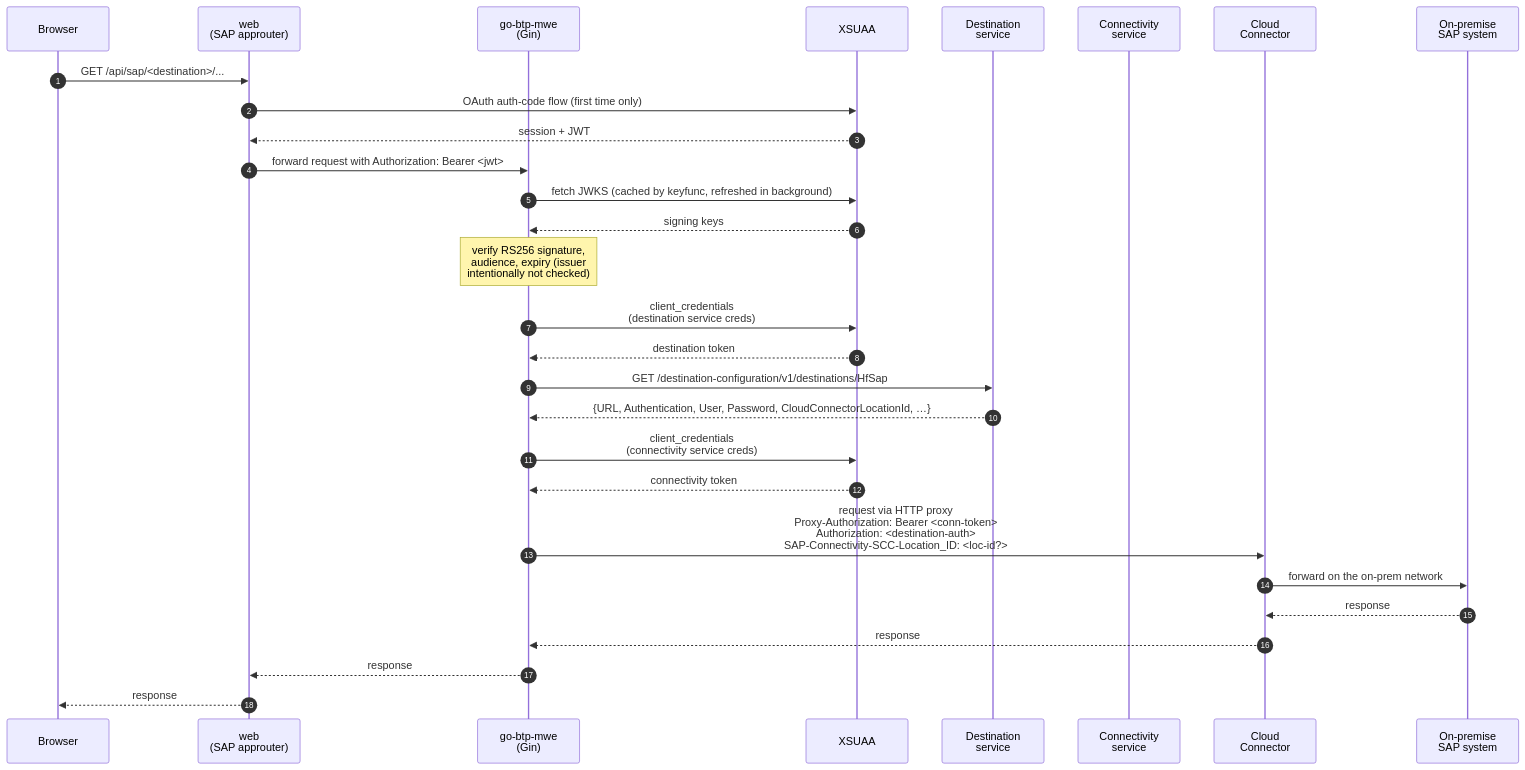
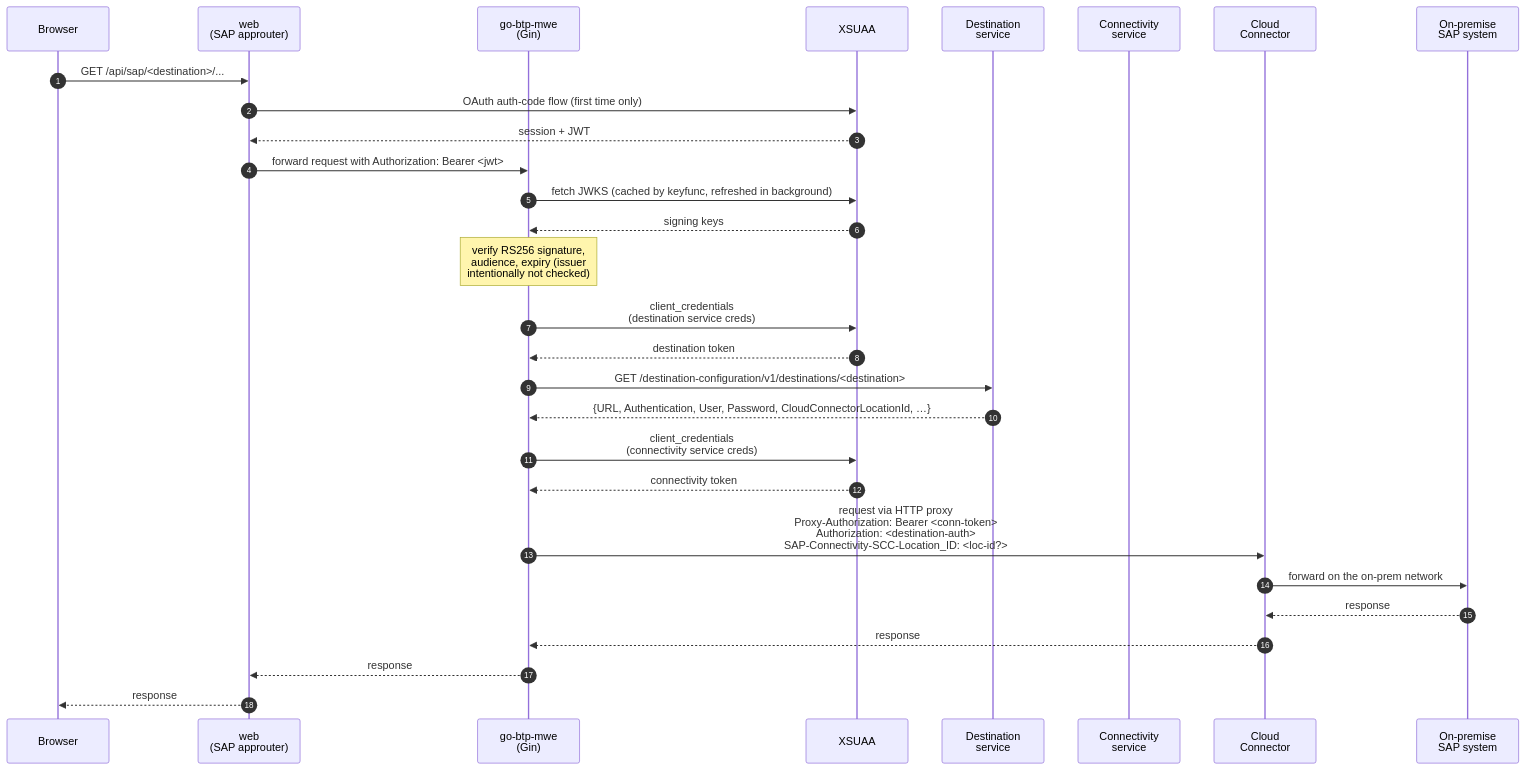
One commit to Hochfrequenz/go-sap-btp-cf-template changed the diagram in README.md. Above: the diagram before and after it, drawn with Mermaid. The commit also changed other lines of this file, not shown here.

First line of the commit message:
docs: tighten architecture prose + smoke-test instructions

````diff
--- a/README.md
+++ b/README.md
@@ -14,35 +14,35 @@
 ```mermaid
 sequenceDiagram
     autonumber
     participant Browser
     participant AR as web<br/>(SAP approuter)
     participant Go as go-btp-mwe<br/>(Gin)
     participant XSUAA
     participant Dest as Destination<br/>service
     participant Conn as Connectivity<br/>service
     participant CC as Cloud<br/>Connector
     participant SAP as On-premise<br/>SAP system
 
     Browser->>AR: GET /api/sap/<destination>/...
     AR->>XSUAA: OAuth auth-code flow (first time only)
     XSUAA-->>AR: session + JWT
     AR->>Go: forward request with Authorization: Bearer <jwt>
     Go->>XSUAA: fetch JWKS (cached by keyfunc, refreshed in background)
     XSUAA-->>Go: signing keys
     Note over Go: verify RS256 signature,<br/>audience, expiry (issuer<br/>intentionally not checked)
 
     Go->>XSUAA: client_credentials<br/>(destination service creds)
     XSUAA-->>Go: destination token
-    Go->>Dest: GET /destination-configuration/v1/destinations/HfSap
+    Go->>Dest: GET /destination-configuration/v1/destinations/<destination>
     Dest-->>Go: {URL, Authentication, User, Password, CloudConnectorLocationId, …}
 
     Go->>XSUAA: client_credentials<br/>(connectivity service creds)
     XSUAA-->>Go: connectivity token
 
     Go->>CC: request via HTTP proxy<br/>Proxy-Authorization: Bearer <conn-token><br/>Authorization: <destination-auth><br/>SAP-Connectivity-SCC-Location_ID: <loc-id?>
     CC->>SAP: forward on the on-prem network
     SAP-->>CC: response
     CC-->>Go: response
     Go-->>AR: response
     AR-->>Browser: response
 ```
````
